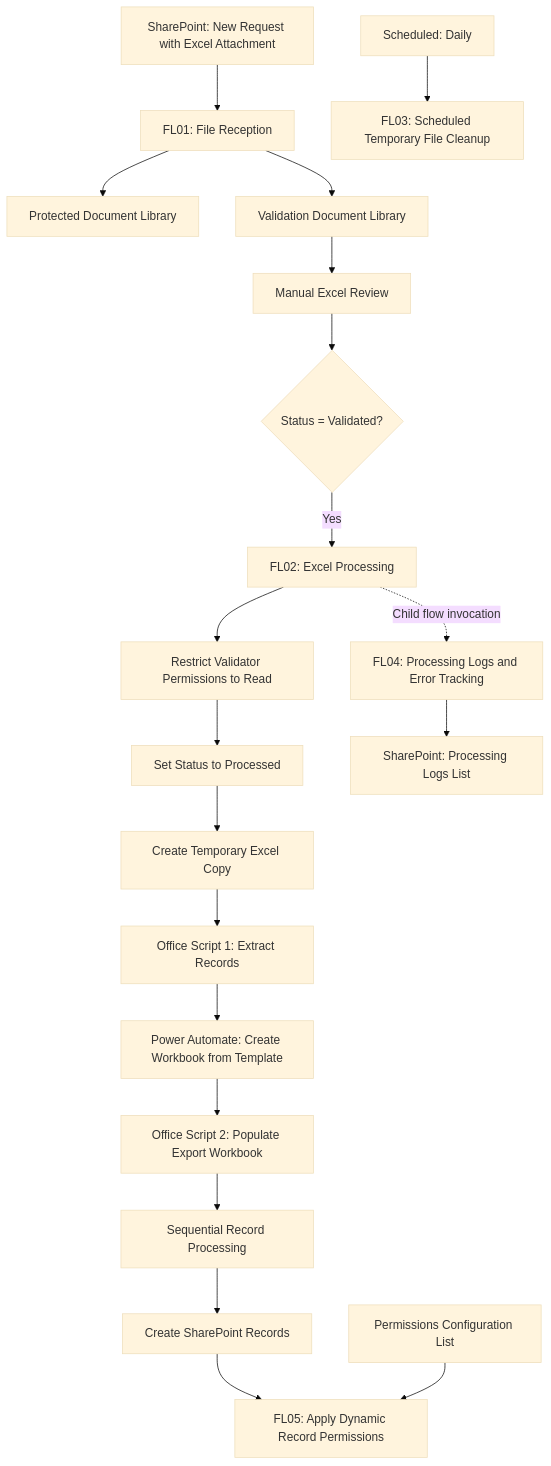
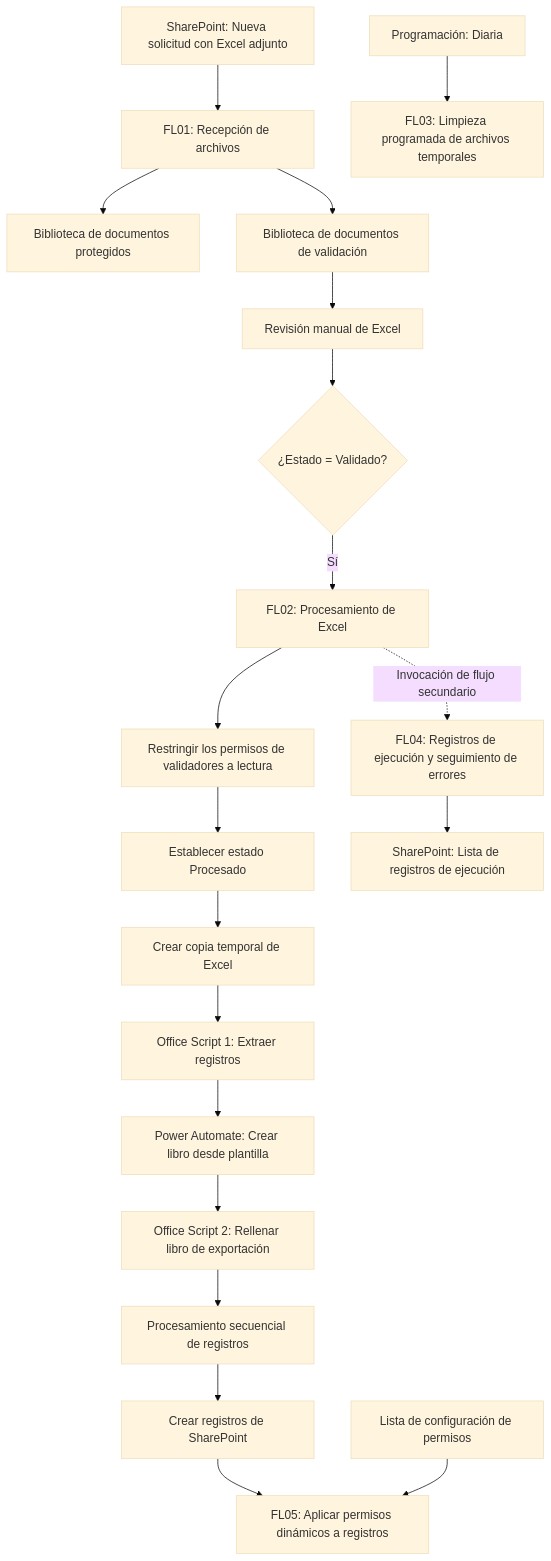
The diagram in Power-Automate/SharePoint-Excel-Automation/docs/architecture.md (smartinmunoz/power-platform-portfolio-es), drawn with Mermaid (base theme) before and after one commit. The commit also changed other lines of this file, not shown here.

````diff
--- a/Power-Automate/SharePoint-Excel-Automation/docs/architecture.md
+++ b/Power-Automate/SharePoint-Excel-Automation/docs/architecture.md
@@ -12,45 +11,44 @@
 ```mermaid
 flowchart TD
-    A["SharePoint: New Request with Excel Attachment"]
-    B["FL01: File Reception"]
-    C["Protected Document Library"]
-    D["Validation Document Library"]
-    E["Manual Excel Review"]
-    F{"Status = Validated?"}
-    G["FL02: Excel Processing"]
-    H["Restrict Validator Permissions to Read"]
-    I["Set Status to Processed"]
-    J["Create Temporary Excel Copy"]
-    K["Office Script 1: Extract Records"]
-    L["Power Automate: Create Workbook from Template"]
-    M["Office Script 2: Populate Export Workbook"]
-    N["Sequential Record Processing"]
-    O["Create SharePoint Records"]
-    P["FL05: Apply Dynamic Record Permissions"]
-    Q["Permissions Configuration List"]
-    R["FL03: Scheduled Temporary File Cleanup"]
-    T["FL04: Processing Logs and Error Tracking"]
-    U["SharePoint: Processing Logs List"]
+    A["SharePoint: Nueva solicitud con Excel adjunto"]
+    B["FL01: Recepción de archivos"]
+    C["Biblioteca de documentos protegidos"]
+    D["Biblioteca de documentos de validación"]
+    E["Revisión manual de Excel"]
+    F{"¿Estado = Validado?"}
+    G["FL02: Procesamiento de Excel"]
+    H["Restringir los permisos de validadores a lectura"]
+    I["Establecer estado Procesado"]
+    J["Crear copia temporal de Excel"]
+    K["Office Script 1: Extraer registros"]
+    L["Power Automate: Crear libro desde plantilla"]
+    M["Office Script 2: Rellenar libro de exportación"]
+    N["Procesamiento secuencial de registros"]
+    O["Crear registros de SharePoint"]
+    P["FL05: Aplicar permisos dinámicos a registros"]
+    Q["Lista de configuración de permisos"]
+    R["FL03: Limpieza programada de archivos temporales"]
+    T["FL04: Registros de ejecución y seguimiento de errores"]
+    U["SharePoint: Lista de registros de ejecución"]
 
     A --> B
     B --> C
     B --> D
     D --> E
     E --> F
-    F -->|Yes| G
+    F -->|Sí| G
     G --> H
     H --> I
     I --> J
     J --> K
     K --> L
     L --> M
     M --> N
     N --> O
     O --> P
     Q --> P
-    G -.->|"Child flow invocation"| T
+    G -.->|"Invocación de flujo secundario"| T
     T --> U
-    S["Scheduled: Daily"]
+    S["Programación: Diaria"]
     S --> R
-
 ```
````
